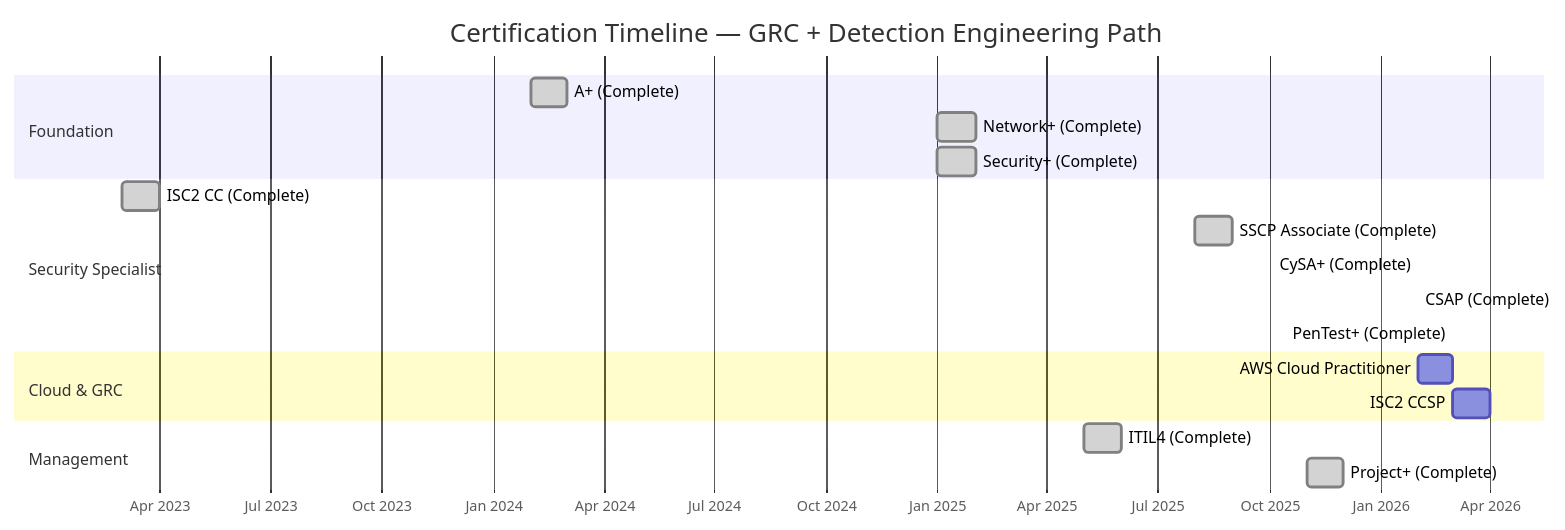
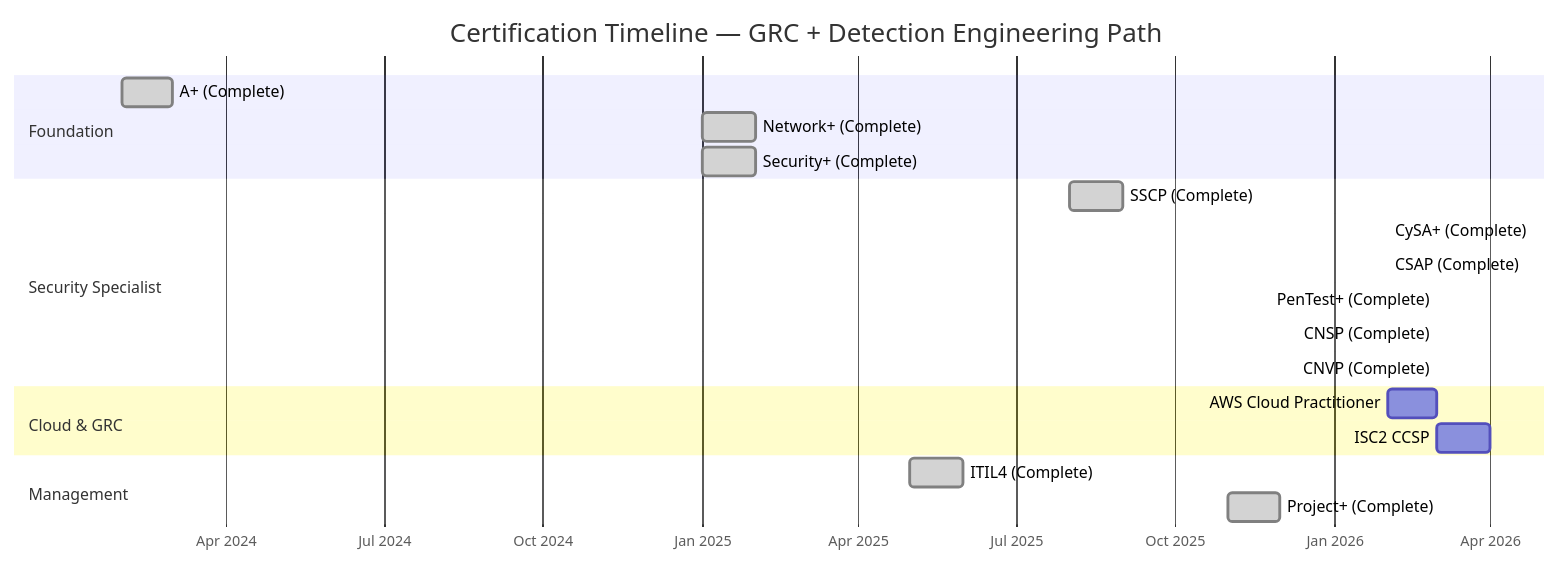
Before and after one commit to Pharns/portfolio: the diagram in docs/certifications.md, drawn with Mermaid. The commit also changed other lines of this file, not shown here.

Commit message:
docs(certifications): add CNSP/CNVP, remove expired ISC2 CC, update to 14 active certs

````diff
--- a/docs/certifications.md
+++ b/docs/certifications.md
@@ -16,26 +16,27 @@
 ```mermaid
 gantt
     title Certification Timeline — GRC + Detection Engineering Path
     dateFormat YYYY-MM
     axisFormat %b %Y
 
     section Foundation
     A+ (Complete)           :done, 2024-02, 2024-03
     Network+ (Complete)     :done, 2025-01, 2025-02
     Security+ (Complete)    :done, 2025-01, 2025-02
 
     section Security Specialist
-    ISC2 CC (Complete)      :done, 2023-03, 2023-04
-    SSCP Associate (Complete) :done, 2025-08, 2025-09
+    SSCP (Complete)         :done, 2025-08, 2025-09
     CySA+ (Complete)        :done, 2026-02, 2026-02
     CSAP (Complete)         :done, 2026-02, 2026-02
     PenTest+ (Complete)     :done, 2026-03, 2026-03
+    CNSP (Complete)         :done, 2026-03, 2026-03
+    CNVP (Complete)         :done, 2026-03, 2026-03
 
     section Cloud & GRC
     AWS Cloud Practitioner  :2026-02, 2026-03
     ISC2 CCSP              :2026-03, 2026-04
 
     section Management
     ITIL4 (Complete)        :done, 2025-05, 2025-06
     Project+ (Complete)     :done, 2025-11, 2025-12
 ```
````
